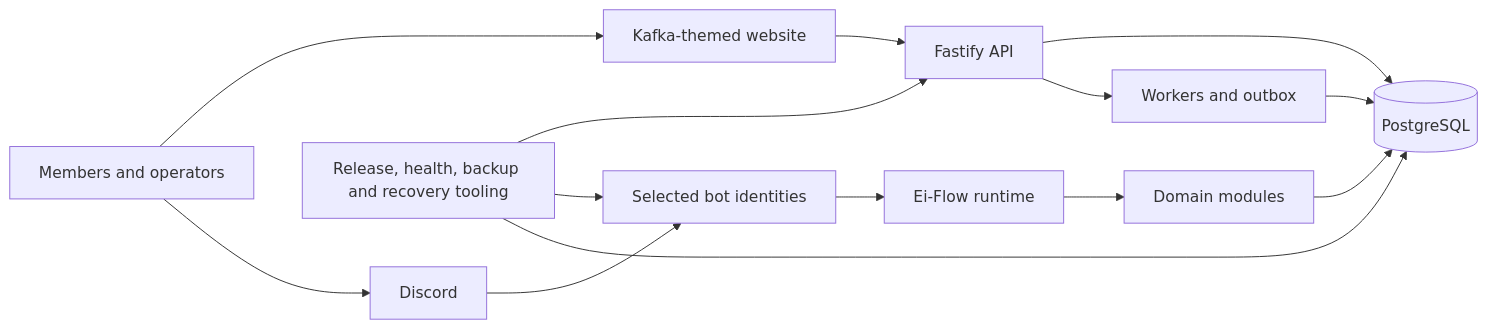
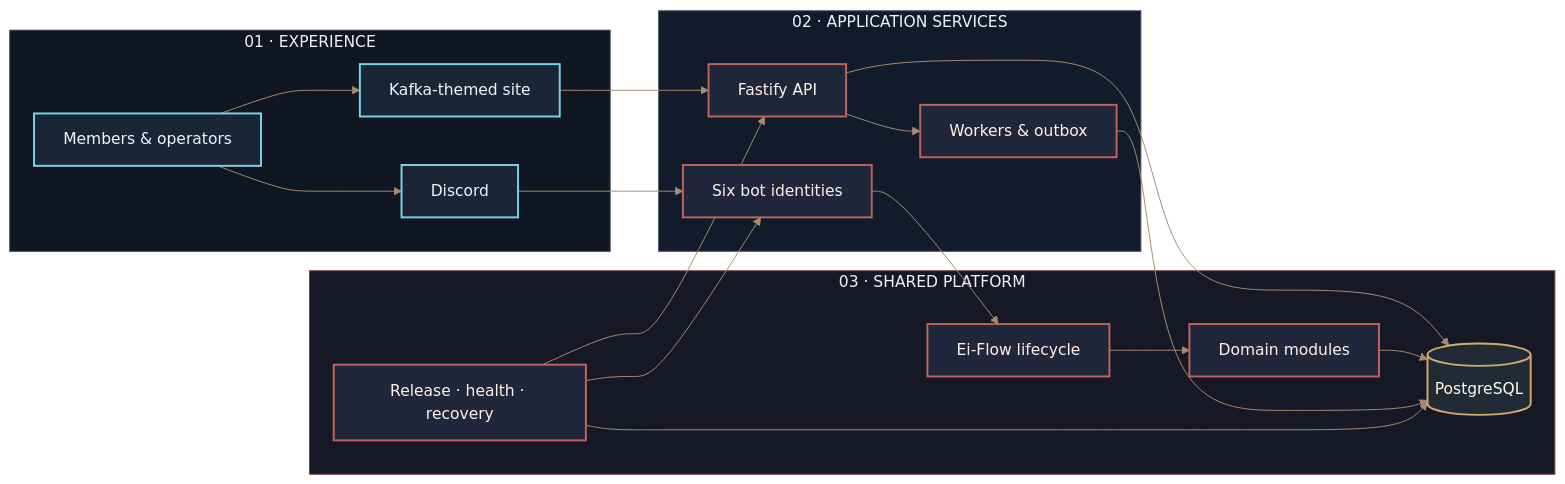
The first of 3 diagrams in README.md (xyanncat/Ei-point), drawn with Mermaid before and after one commit. The commit also changed other lines of this file and 1 other file, not shown here.

````diff
--- a/README.md
+++ b/README.md
@@ -48,16 +69,42 @@
 ```mermaid
+%%{init: {'theme':'base','themeVariables': {'primaryColor':'#171c29','primaryTextColor':'#eef2f7','primaryBorderColor':'#b95348','lineColor':'#a98b71','secondaryColor':'#20283a','tertiaryColor':'#111722','clusterBkg':'#0e1420','clusterBorder':'#39435a','fontFamily':'ui-sans-serif, system-ui, sans-serif'}}}%%
 flowchart LR
-  User[Members and operators] --> Web[Kafka-themed website]
-  User --> Discord[Discord]
-  Web --> API[Fastify API]
-  Discord --> Bots[Selected bot identities]
-  API --> DB[(PostgreSQL)]
-  Bots --> Flow[Ei-Flow runtime]
-  Flow --> Modules[Domain modules]
-  Modules --> DB
-  API --> Jobs[Workers and outbox]
-  Jobs --> DB
-  Ops[Release, health, backup and recovery tooling] --> API
-  Ops --> Bots
+  subgraph Experience["01 · EXPERIENCE"]
+    Members[Members & operators]
+    Discord[Discord]
+    Site[Kafka-themed site]
+  end
+  subgraph Services["02 · APPLICATION SERVICES"]
+    API[Fastify API]
+    Fleet[Six bot identities]
+    Workers[Workers & outbox]
+  end
+  subgraph Core["03 · SHARED PLATFORM"]
+    Flow[Ei-Flow lifecycle]
+    Domain[Domain modules]
+    DB[(PostgreSQL)]
+    Ops[Release · health · recovery]
+  end
+  Members --> Discord
+  Members --> Site
+  Site --> API
+  Discord --> Fleet
+  Fleet --> Flow
+  Flow --> Domain
+  API --> DB
+  Domain --> DB
+  API --> Workers
+  Workers --> DB
+  Ops --> API
+  Ops --> Fleet
   Ops --> DB
+  style Experience fill:#101722,stroke:#344157,color:#eef2f7
+  style Services fill:#121b2b,stroke:#475066,color:#eef2f7
+  style Core fill:#171826,stroke:#7b454d,color:#eef2f7
+  classDef actor fill:#1a2536,stroke:#78d6e6,color:#eef6fc,stroke-width:2px
+  classDef service fill:#21273a,stroke:#bc6559,color:#fff1e8,stroke-width:2px
+  classDef durable fill:#212b36,stroke:#d3ac6c,color:#fff8e8,stroke-width:2px
+  class Members,Discord,Site actor
+  class API,Fleet,Workers,Flow,Domain,Ops service
+  class DB durable
 ```
````
